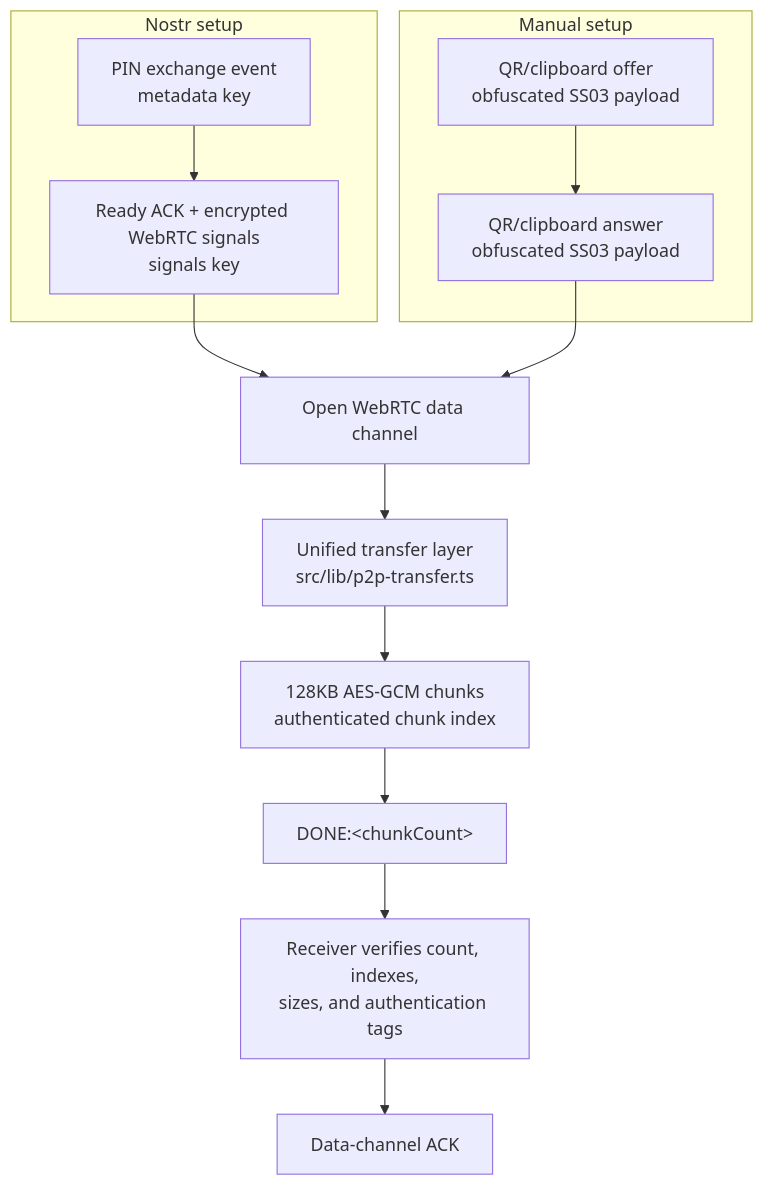
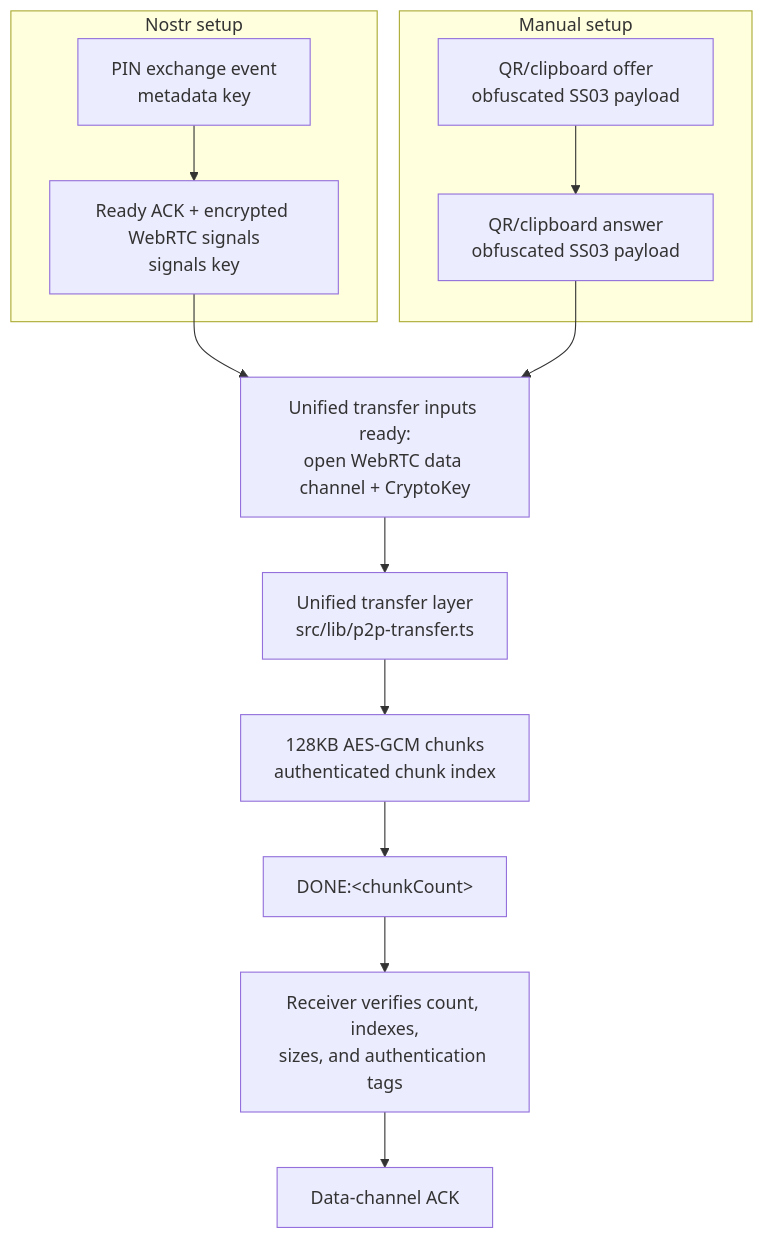
Before and after one commit to andrewtheguy/secure-send-web: the first of 5 diagrams in docs/ARCHITECTURE.md, drawn with Mermaid. The commit also changed other lines of this file, not shown here.

Commit message:
refactor: clarify signaling setup and unified transfer process in architecture documentation

````diff
--- a/docs/ARCHITECTURE.md
+++ b/docs/ARCHITECTURE.md
@@ -35,23 +35,23 @@
 ```mermaid
 flowchart TD
     subgraph Nostr[Nostr setup]
         N1[PIN exchange event<br/>metadata key]
         N2[Ready ACK + encrypted WebRTC signals<br/>signals key]
         N1 --> N2
     end
 
     subgraph Manual[Manual setup]
         M1[QR/clipboard offer<br/>obfuscated SS03 payload]
         M2[QR/clipboard answer<br/>obfuscated SS03 payload]
         M1 --> M2
     end
 
-    N2 --> Channel[Open WebRTC data channel]
+    N2 --> Channel[Unified transfer inputs ready:<br/>open WebRTC data channel + CryptoKey]
     M2 --> Channel
 
     Channel --> Transfer[Unified transfer layer<br/>src/lib/p2p-transfer.ts]
     Transfer --> Chunks[128KB AES-GCM chunks<br/>authenticated chunk index]
     Chunks --> Done[DONE:&lt;chunkCount&gt;]
     Done --> Verify[Receiver verifies count, indexes,<br/>sizes, and authentication tags]
     Verify --> Ack[Data-channel ACK]
 ```
````
